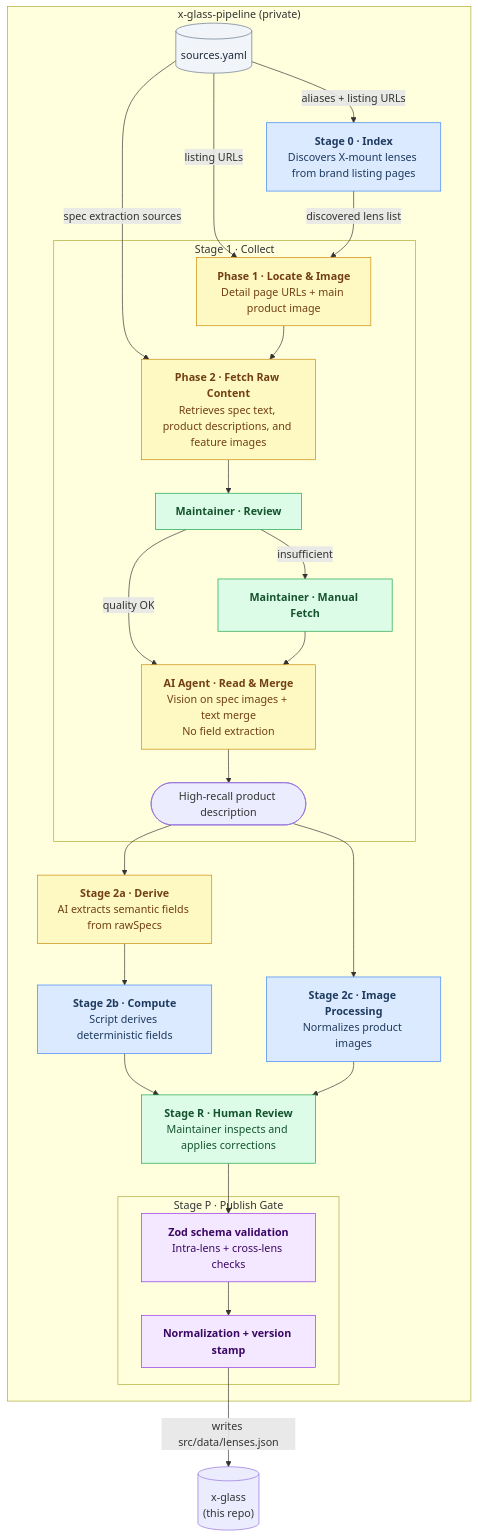
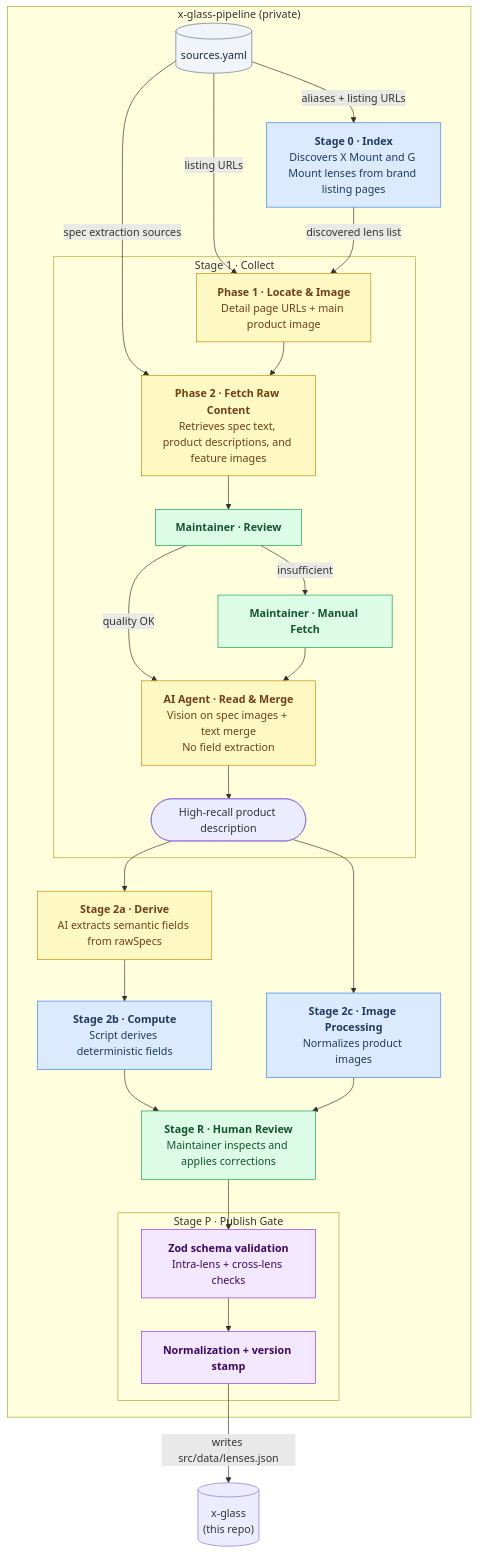
The diagram in README.md (sentacraft/atlens), drawn with Mermaid before and after one commit. The commit also changed other lines of this file and 4 other files, not shown here.

````diff
--- a/README.md
+++ b/README.md
@@ -60,56 +60,56 @@
 ```mermaid
 flowchart TD
   subgraph pipeline["x-glass-pipeline (private)"]
     SOURCES[("sources.yaml")]
 
-    S0["<b>Stage 0 · Index</b><br/>Discovers X-mount lenses from brand listing pages"]
+    S0["<b>Stage 0 · Index</b><br/>Discovers X Mount and G Mount lenses from brand listing pages"]
 
     subgraph s1["Stage 1 · Collect"]
       S1p1["<b>Phase 1 · Locate & Image</b><br/>Detail page URLs + main product image"]
       S1p2["<b>Phase 2 · Fetch Raw Content</b><br/>Retrieves spec text, product descriptions, and feature images"]
       S1r["<b>Maintainer · Review</b>"]
       S1h["<b>Maintainer · Manual Fetch</b>"]
       S1b["<b>AI Agent · Read & Merge</b><br/>Vision on spec images + text merge<br/>No field extraction"]
       S1out(["High-recall product description"])
     end
 
     S2a["<b>Stage 2a · Derive</b><br/>AI extracts semantic fields from rawSpecs"]
     S2b["<b>Stage 2b · Compute</b><br/>Script derives deterministic fields"]
     S2c["<b>Stage 2c · Image Processing</b><br/>Normalizes product images"]
     SR["<b>Stage R · Human Review</b><br/>Maintainer inspects and applies corrections"]
 
     subgraph sp["Stage P · Publish Gate"]
       SP1["<b>Zod schema validation</b><br/>Intra-lens + cross-lens checks"]
       SP2["<b>Normalization + version stamp</b>"]
     end
   end
 
   SOURCES -->|"aliases + listing URLs"| S0
   SOURCES -->|"listing URLs"| S1p1
   SOURCES -->|"spec extraction sources"| S1p2
   S0 -->|"discovered lens list"| S1p1
   S1p1 --> S1p2
   S1p2 --> S1r
   S1r -->|"quality OK"| S1b
   S1r -->|"insufficient"| S1h
   S1h --> S1b
   S1b --> S1out
   S1out --> S2a & S2c
   S2a --> S2b
   S2b & S2c --> SR
   SR --> SP1
   SP1 --> SP2
   SP2 -->|"writes src/data/lenses.json"| DB[("x-glass<br/>(this repo)")]
 
   classDef script fill:#dbeafe,stroke:#3b82f6,color:#1e3a5f
   classDef agent fill:#fef9c3,stroke:#ca8a04,color:#713f12
   classDef human fill:#dcfce7,stroke:#16a34a,color:#14532d
   classDef gate fill:#f3e8ff,stroke:#9333ea,color:#3b0764
   classDef config fill:#f1f5f9,stroke:#64748b,color:#1e293b
 
   class S0,S2b,S2c script
   class S1p1,S1p2,S1b,S2a agent
   class S1r,S1h,SR human
   class SP1,SP2 gate
   class SOURCES config
 ```
````
